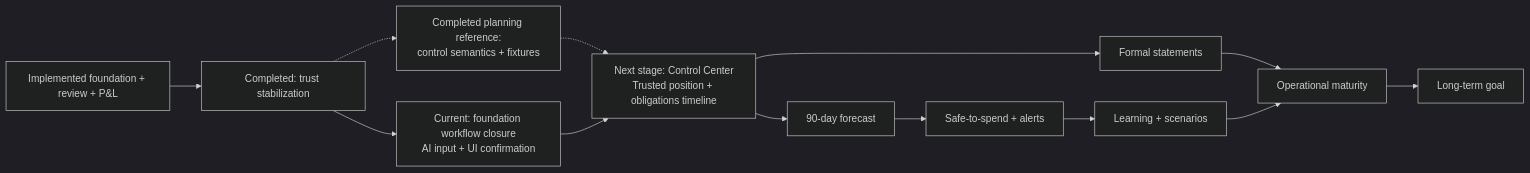
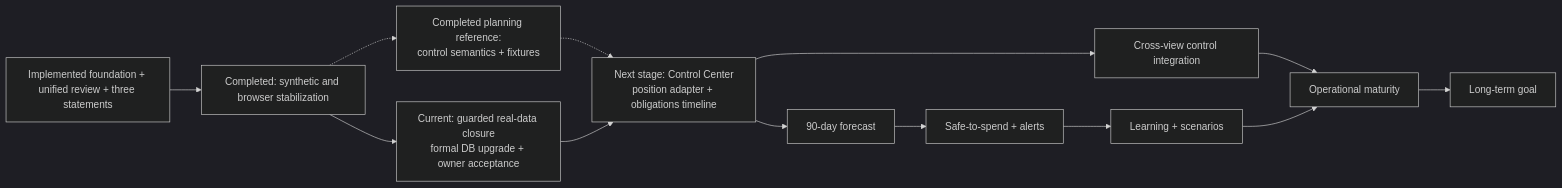
Before and after one commit to cablate/last-say: the diagram in docs/planning/ROADMAP.md, drawn with Mermaid (dark theme). The commit also changed other lines of this file and 115 other files, not shown here.

````diff
--- a/docs/planning/ROADMAP.md
+++ b/docs/planning/ROADMAP.md
@@ -11,15 +11,15 @@
 ```mermaid
 flowchart LR
-    C["Implemented foundation + review + P&L"] --> S["Completed: trust stabilization"]
-    S --> W["Current: foundation workflow closure\nAI input + UI confirmation"]
+    C["Implemented foundation + unified review + three statements"] --> S["Completed: synthetic and browser stabilization"]
+    S --> W["Current: guarded real-data closure\nformal DB upgrade + owner acceptance"]
     S -.-> M
     M["Completed planning reference:\ncontrol semantics + fixtures"] -.-> P
-    W --> P["Next stage: Control Center\nTrusted position + obligations timeline"]
+    W --> P["Next stage: Control Center\nposition adapter + obligations timeline"]
     P --> F["90-day forecast"]
     F --> G["Safe-to-spend + alerts"]
-    P --> A["Formal statements"]
+    P --> A["Cross-view control integration"]
     G --> L["Learning + scenarios"]
     A --> O["Operational maturity"]
     L --> O
     O --> Z["Long-term goal"]
 ```
````
